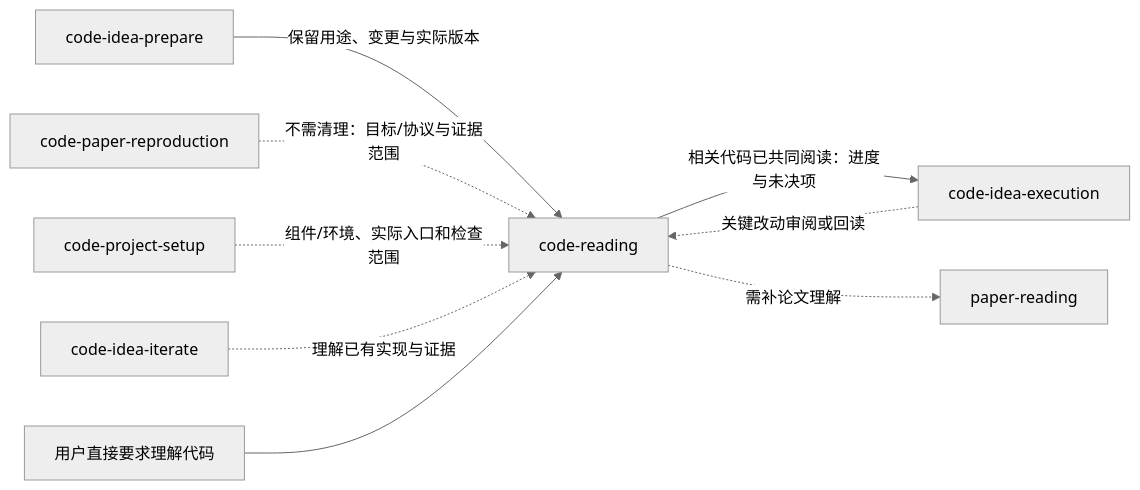
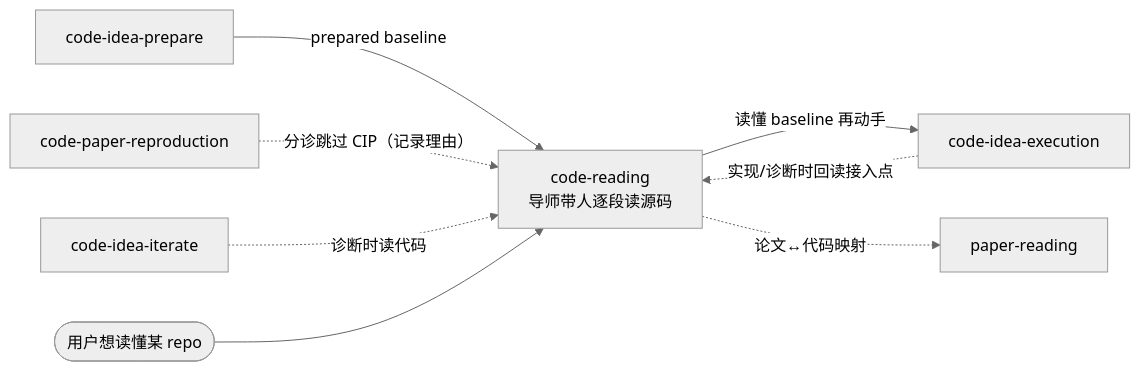
The first of 2 diagrams in plugins/dl-assistant/skills/code-reading/SKILL.md (jackwang0108/dl-assistant), drawn with Mermaid (neutral theme) before and after one commit. The commit also changed other lines of this file and 256 other files, not shown here.

````diff
--- a/plugins/dl-assistant/skills/code-reading/SKILL.md
+++ b/plugins/dl-assistant/skills/code-reading/SKILL.md
@@ -20,11 +26,11 @@
 ```mermaid
 flowchart LR
-    CIP[code-idea-prepare] -->|保留用途、变更与实际版本| CR[code-reading]
-    CPR[code-paper-reproduction] -.->|不需清理：目标/协议与证据范围| CR
-    CPS[code-project-setup] -.->|组件/环境、实际入口和检查范围| CR
-    CR -->|相关代码已共同阅读：进度与未决项| EX[code-idea-execution]
-    EX -.->|关键改动审阅或回读| CR
-    IT[code-idea-iterate] -.->|理解已有实现与证据| CR
-    USER[用户直接要求理解代码] --> CR
-    CR -.->|需补论文理解| PR[paper-reading]
+    CIP[code-idea-prepare] -->|prepared baseline| CR
+    CPR[code-paper-reproduction] -.->|分诊跳过 CIP（记录理由）| CR
+    CR["code-reading<br/>导师带人逐段读源码"]
+    CR -->|读懂 baseline 再动手| EX[code-idea-execution]
+    EX -.->|实现/诊断时回读接入点| CR
+    IT[code-idea-iterate] -.->|诊断时读代码| CR
+    USER(["用户想读懂某 repo"]) --> CR
+    CR -.->|论文↔代码映射| PR[paper-reading]
 ```
````
